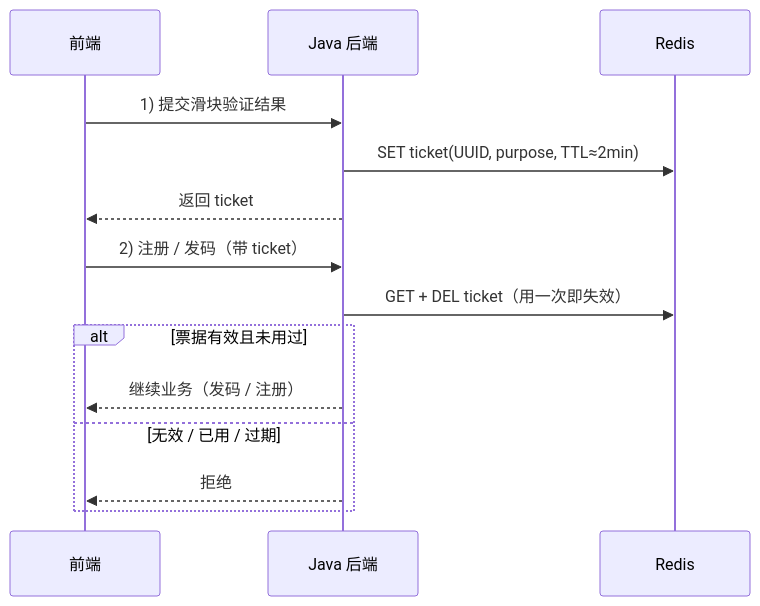
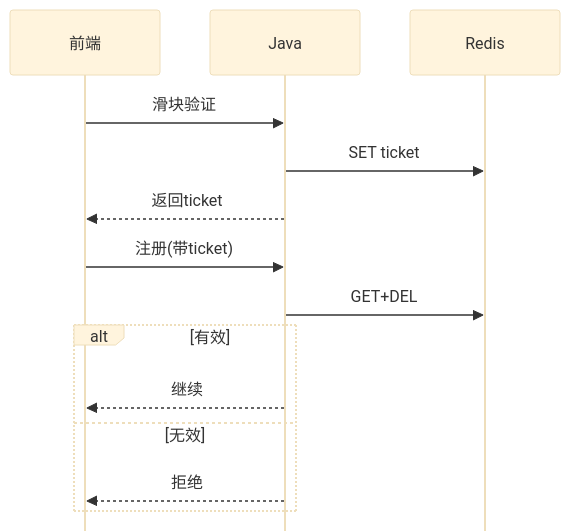
The ninth of 22 diagrams in README.md (pluchon/mengmeng_forum), drawn with Mermaid before and after one commit. The commit also changed other lines of this file and 2 other files, not shown here.

````diff
--- a/README.md
+++ b/README.md
@@ -499,18 +362,18 @@
 ```mermaid
+%%{init: {'theme':'base', 'sequence': {'mirrorActors': false, 'actorFontSize': 11}}}%%
 sequenceDiagram
   participant FE as 前端
-  participant BE as Java 后端
-  participant Redis as Redis
+  participant BE as Java
+  participant R as Redis
 
-  FE->>BE: 1) 提交滑块验证结果
-  BE->>Redis: SET ticket(UUID, purpose, TTL≈2min)
-  BE-->>FE: 返回 ticket
-
-  FE->>BE: 2) 注册 / 发码（带 ticket）
-  BE->>Redis: GET + DEL ticket（用一次即失效）
-  alt 票据有效且未用过
-    BE-->>FE: 继续业务（发码 / 注册）
-  else 无效 / 已用 / 过期
+  FE->>BE: 滑块验证
+  BE->>R: SET ticket
+  BE-->>FE: 返回ticket
+  FE->>BE: 注册(带ticket)
+  BE->>R: GET+DEL
+  alt 有效
+    BE-->>FE: 继续
+  else 无效
     BE-->>FE: 拒绝
   end
 ```
````
